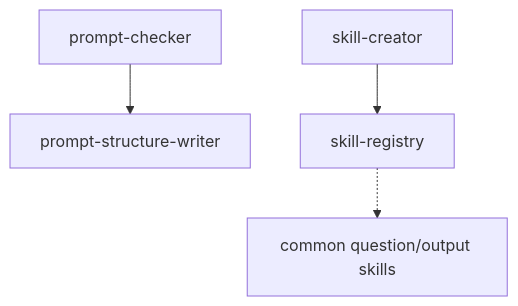
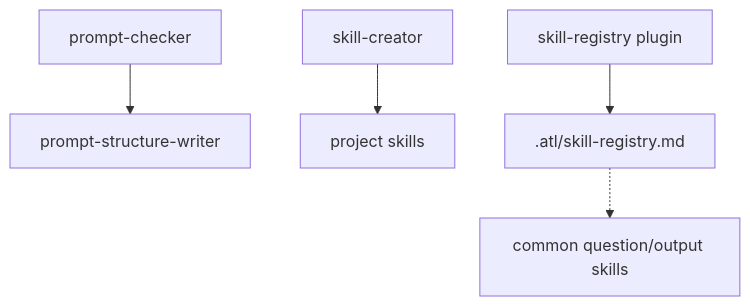
Before and after one commit to andresnator/agents-orchestrator: the diagram in domains/meta/README.md, drawn with Mermaid. The commit also changed other lines of this file and 6 other files, not shown here.

Commit message:
feat: generate skill registry from OpenCode plugin

````diff
--- a/domains/meta/README.md
+++ b/domains/meta/README.md
@@ -9,6 +11,7 @@
 ```mermaid
 graph TD
   prompt[prompt-checker] --> writer[prompt-structure-writer]
-  creator[skill-creator] --> registry[skill-registry]
+  creator[skill-creator] --> skills[project skills]
+  plugin[skill-registry plugin] --> registry[.atl/skill-registry.md]
   registry -.-> common[common question/output skills]
 ```
````
